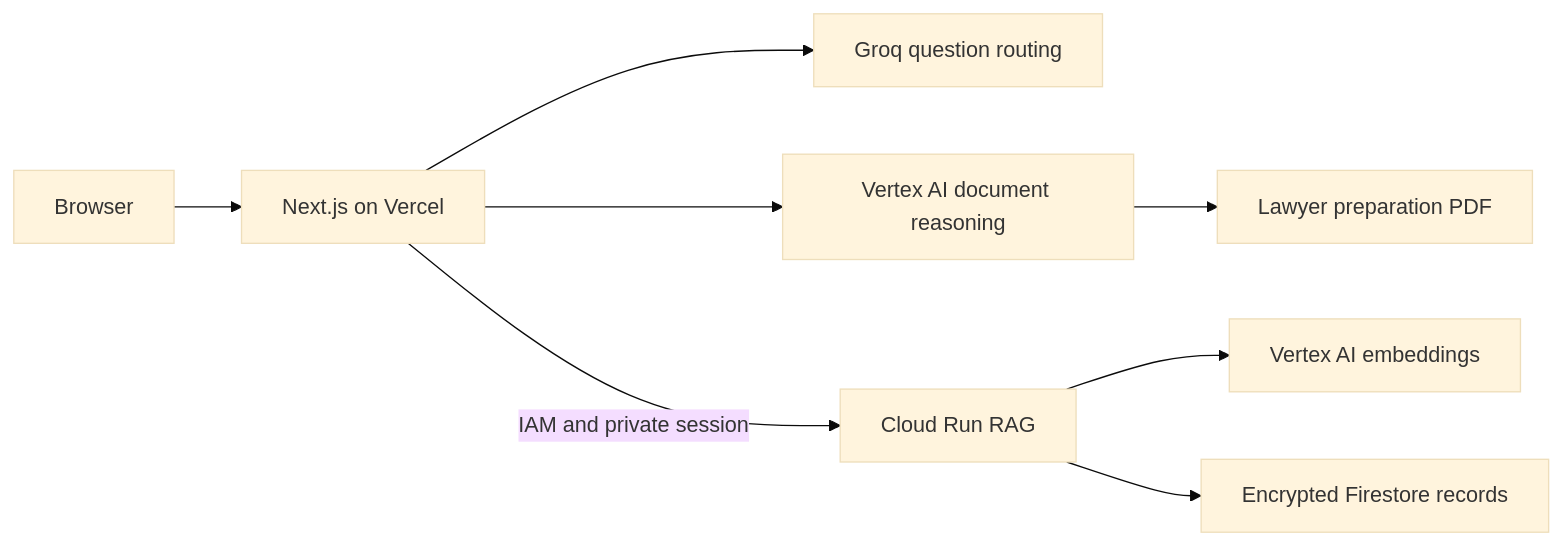
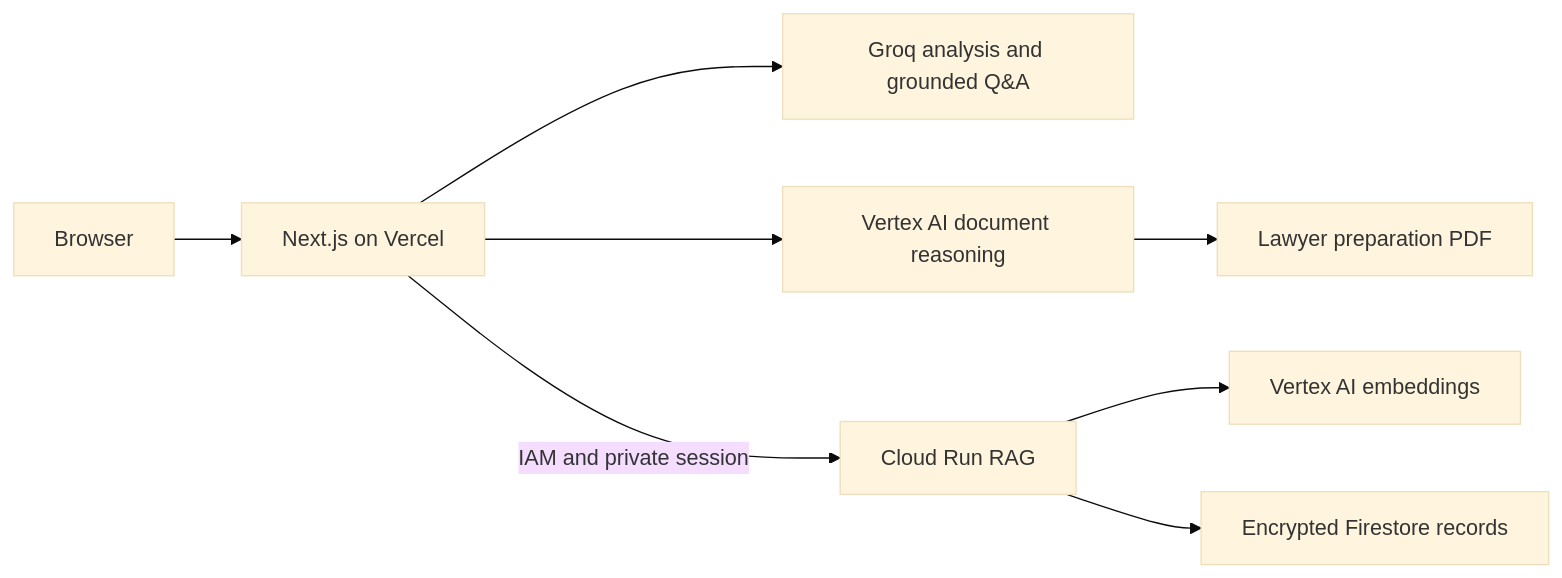
The diagram in README.md (Aryamann002/navigator), drawn with Mermaid (base theme) before and after one commit. The commit also changed other lines of this file and 6 other files, not shown here.

````diff
--- a/README.md
+++ b/README.md
@@ -59,10 +59,10 @@
 ```mermaid
 flowchart LR
   Browser --> Next[Next.js on Vercel]
-  Next --> Groq[Groq question routing]
+  Next --> Groq[Groq analysis and grounded Q&A]
   Next --> Gemini[Vertex AI document reasoning]
   Next -->|IAM and private session| Run[Cloud Run RAG]
   Run --> Embeddings[Vertex AI embeddings]
   Run --> Firestore[Encrypted Firestore records]
   Gemini --> Brief[Lawyer preparation PDF]
 ```
````
